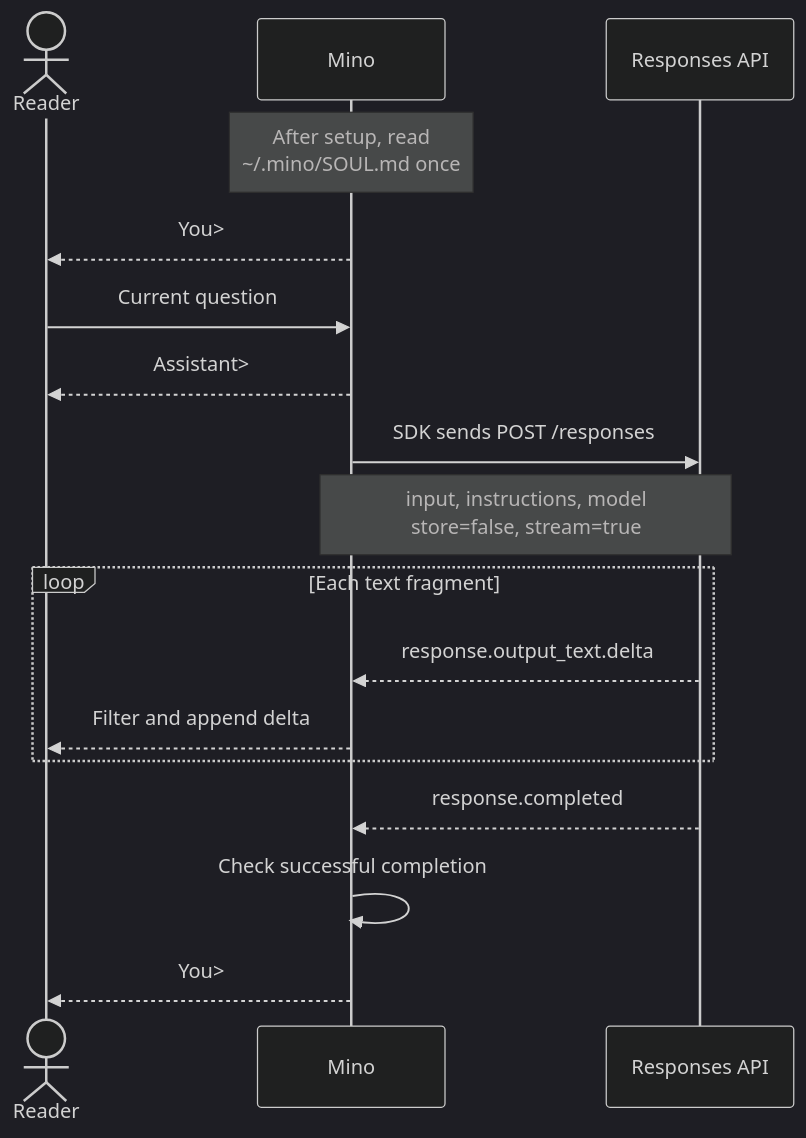
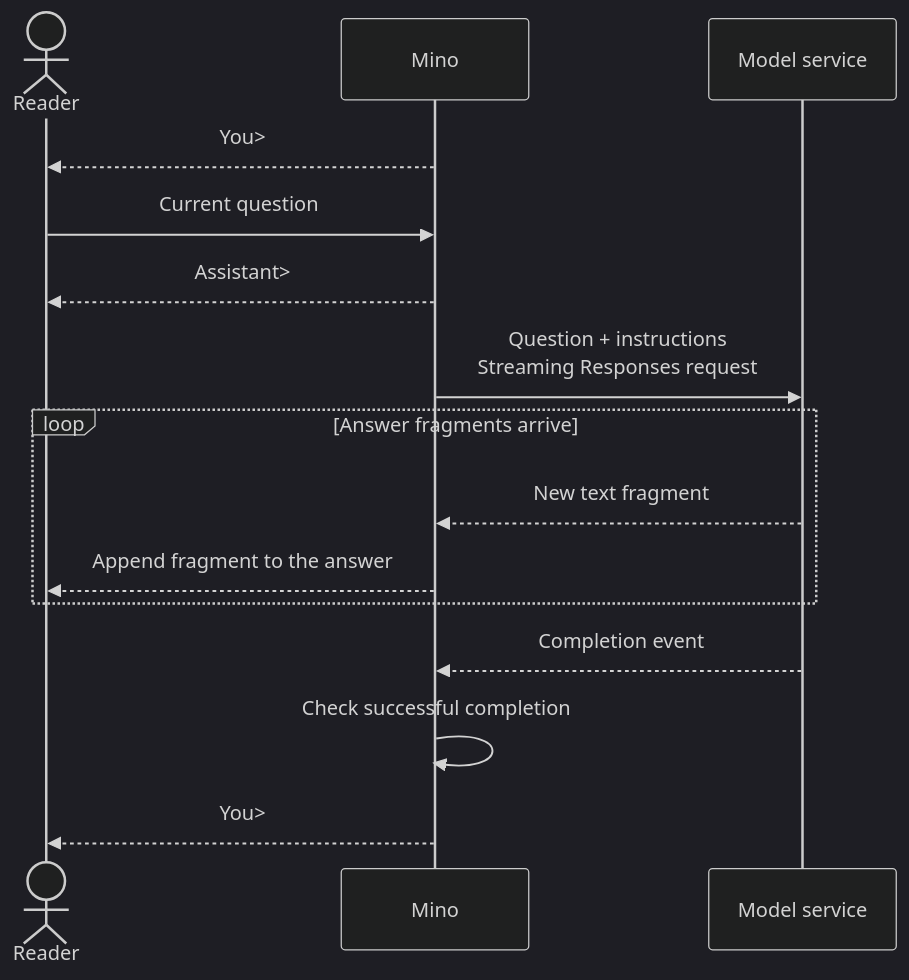
Before and after one commit to qshine/mino: the diagram in docs/books/en/chapters/01-terminal-chat.md, drawn with Mermaid (dark theme). The commit also changed other lines of this file and 5 other files, not shown here.

Commit message:
docs: focus tutorial on interaction flow

````diff
--- a/docs/books/en/chapters/01-terminal-chat.md
+++ b/docs/books/en/chapters/01-terminal-chat.md
@@ -36,21 +56,19 @@
 ```mermaid
 sequenceDiagram
-    accTitle: One question through Mino
-    accDescr: Mino loads the user's identity once, sends the current question with streaming enabled, and displays each text delta immediately. It checks the completion event before returning to the next input prompt.
+    accTitle: From a question to the next input prompt
+    accDescr: The reader submits a question. Mino sends it with the loaded instructions, displays incoming answer fragments, and checks the completion event before prompting for another question.
     actor User as Reader
     participant Mino as Mino
-    participant API as Responses API
-    Note over Mino: After setup, read<br/>~/.mino/SOUL.md once
+    participant API as Model service
     Mino-->>User: You>
     User->>Mino: Current question
     Mino-->>User: Assistant>
-    Mino->>API: SDK sends POST /responses
-    Note over Mino,API: input, instructions, model<br/>store=false, stream=true
-    loop Each text fragment
-        API-->>Mino: response.output_text.delta
-        Mino-->>User: Filter and append delta
+    Mino->>API: Question + instructions<br/>Streaming Responses request
+    loop Answer fragments arrive
+        API-->>Mino: New text fragment
+        Mino-->>User: Append fragment to the answer
     end
-    API-->>Mino: response.completed
+    API-->>Mino: Completion event
     Mino->>Mino: Check successful completion
     Mino-->>User: You>
 ```
````
